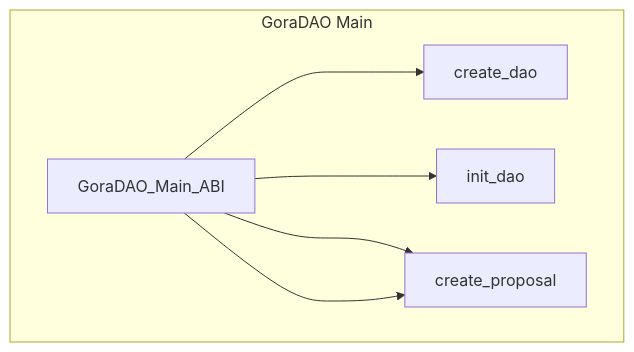
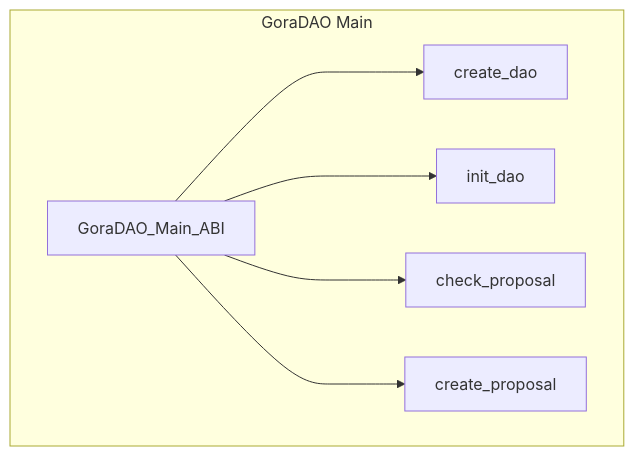
Before and after one commit to GoraNetwork/gora-dao-smartcontracts: the sixth of 6 diagrams in README.md, drawn with Mermaid.

````diff
--- a/README.md
+++ b/README.md
@@ -197,25 +197,26 @@
 ```mermaid
 
 graph TB
  
       subgraph GoraDAO Main
             GoraDAO_Main[GoraDAO_Main_ABI]
             GoraDAO_Create[create_dao]
             GoraDAO_Init[init_dao]
+            GoraDAO_Check_Proposal[check_proposal]
             GoraDAO_Create_Proposal[create_proposal]
      
       
         end
       
 
 
       GoraDAO_Main[GoraDAO_Main_ABI] ---> GoraDAO_Create
       GoraDAO_Main[GoraDAO_Main_ABI] ---> GoraDAO_Init
-      GoraDAO_Main[GoraDAO_Main_ABI] ---> GoraDAO_Create_Proposal
+      GoraDAO_Main[GoraDAO_Main_ABI] ---> GoraDAO_Check_Proposal
       GoraDAO_Main[GoraDAO_Main_ABI] ---> GoraDAO_Create_Proposal
 
 
   
 
 
 ```
````
